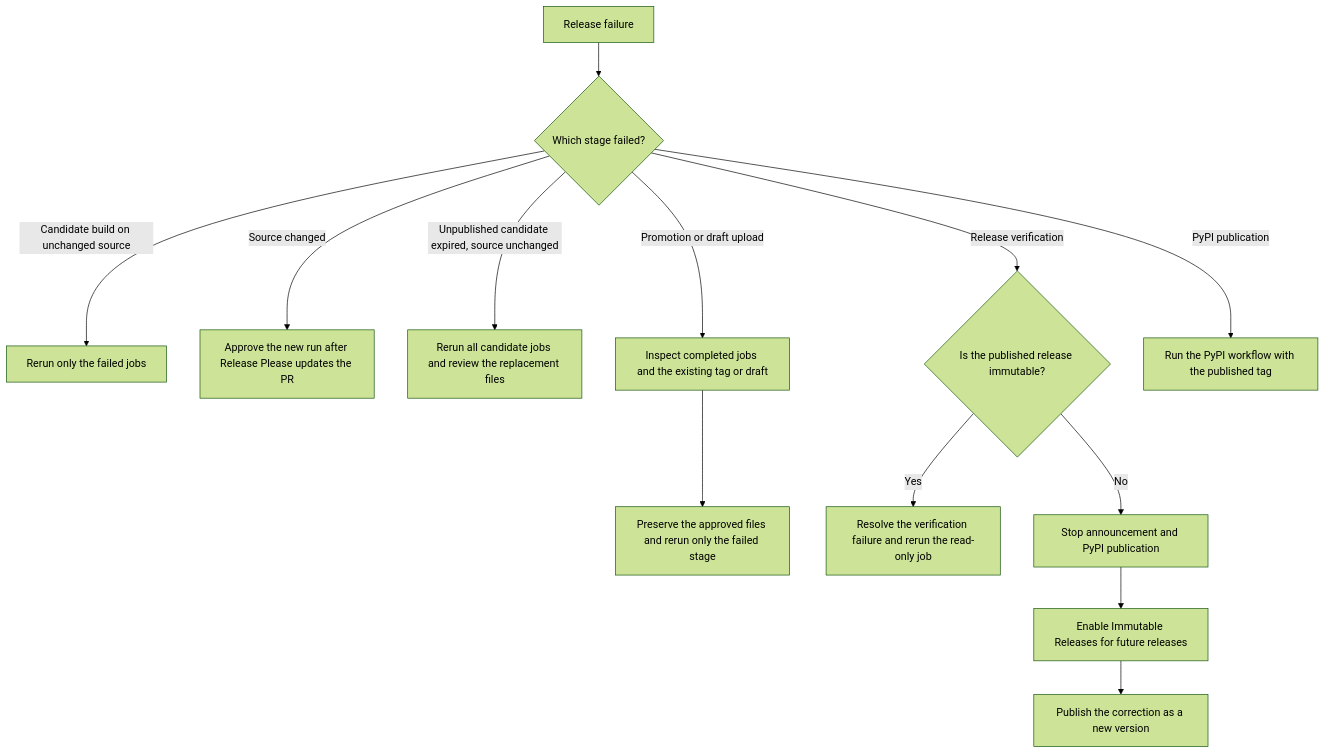
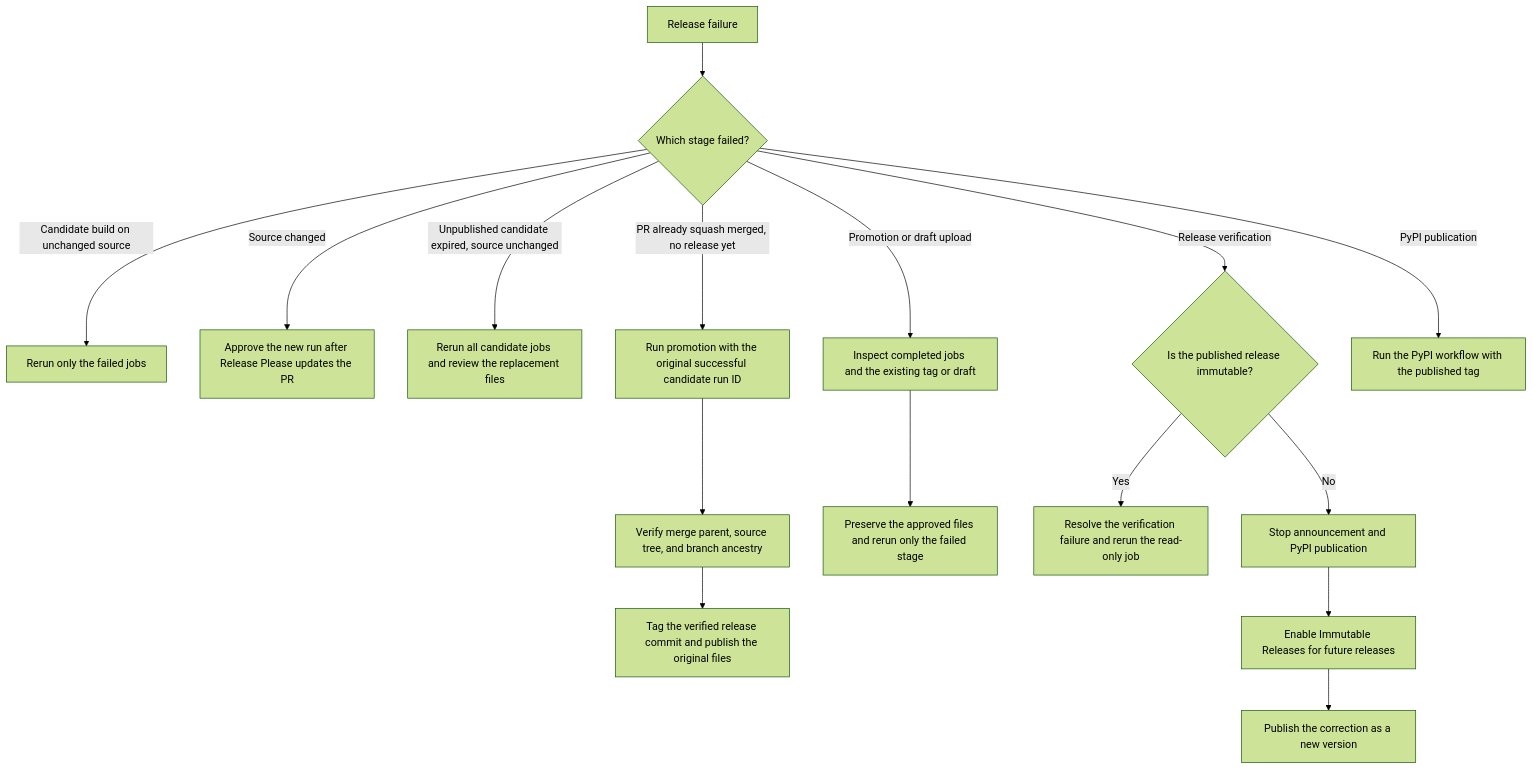
The second of 2 diagrams in RELEASE_POLICY.md (NatLabRockies/arco), drawn with Mermaid (forest theme) before and after one commit. The commit also changed other lines of this file and 2 other files, not shown here.

Commit message:
fix(release): recover already merged release candidates (#420)

````diff
--- a/RELEASE_POLICY.md
+++ b/RELEASE_POLICY.md
@@ -151,15 +152,18 @@
 ```mermaid
 flowchart TD
     Failure[Release failure] --> Stage{Which stage failed?}
     Stage -->|Candidate build on unchanged source| Build[Rerun only the failed jobs]
     Stage -->|Source changed| Fresh[Approve the new run after Release Please updates the PR]
     Stage -->|Unpublished candidate expired, source unchanged| Rebuild[Rerun all candidate jobs and review the replacement files]
     Stage -->|Promotion or draft upload| Inspect[Inspect completed jobs and the existing tag or draft]
+    Stage -->|PR already squash merged, no release yet| Recover[Run promotion with the original successful candidate run ID]
+    Recover --> Match[Verify merge parent, source tree, and branch ancestry]
+    Match --> Publish[Tag the verified release commit and publish the original files]
     Inspect --> Preserve[Preserve the approved files and rerun only the failed stage]
     Stage -->|Release verification| Verify{Is the published release immutable?}
     Verify -->|Yes| RetryVerify[Resolve the verification failure and rerun the read-only job]
     Verify -->|No| Stop[Stop announcement and PyPI publication]
     Stop --> Configure[Enable Immutable Releases for future releases]
     Configure --> NewVersion[Publish the correction as a new version]
     Stage -->|PyPI publication| PyPI[Run the PyPI workflow with the published tag]
 ```
````
